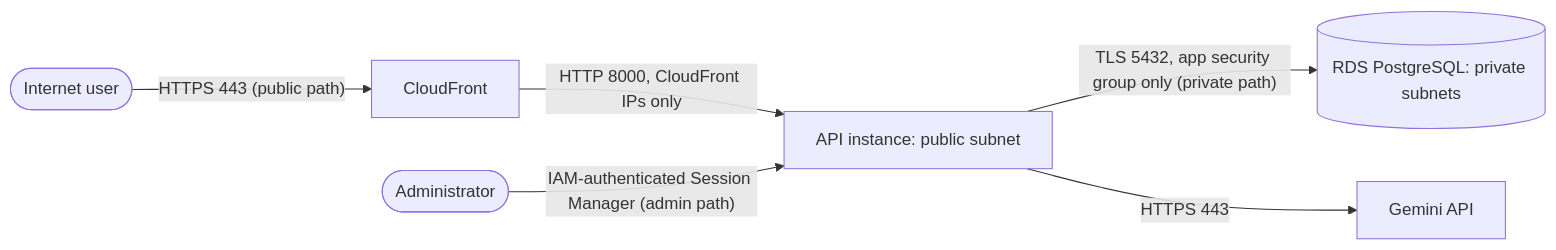
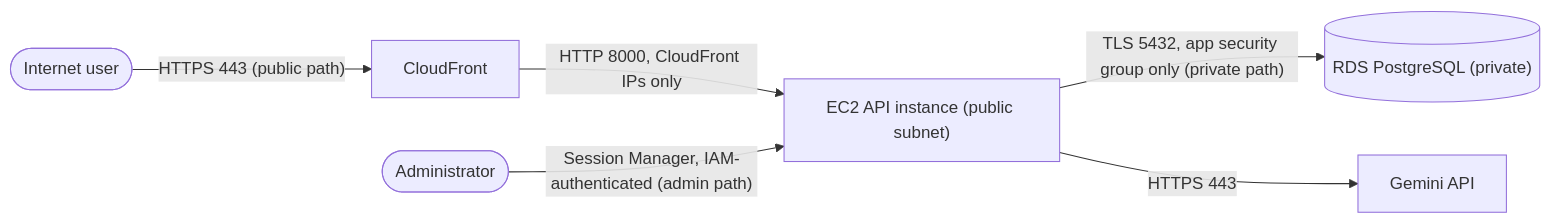
The diagram in README.md (Amarajah/journal-starter), drawn with Mermaid before and after one commit. The commit also changed other lines of this file, not shown here.

````diff
--- a/README.md
+++ b/README.md
@@ -42,8 +49,8 @@
 ```mermaid
 flowchart LR
   user([Internet user]) -->|"HTTPS 443 (public path)"| cf[CloudFront]
-  cf -->|"HTTP 8000, CloudFront IPs only"| app[API instance: public subnet]
-  app -->|"TLS 5432, app security group only (private path)"| db[(RDS PostgreSQL: private subnets)]
+  cf -->|"HTTP 8000, CloudFront IPs only"| app["EC2 API instance (public subnet)"]
+  app -->|"TLS 5432, app security group only (private path)"| db[("RDS PostgreSQL (private)")]
   app -->|"HTTPS 443"| llm[Gemini API]
-  admin([Administrator]) -->|"IAM-authenticated Session Manager (admin path)"| app
+  admin([Administrator]) -->|"Session Manager, IAM-authenticated (admin path)"| app
 ```
````
